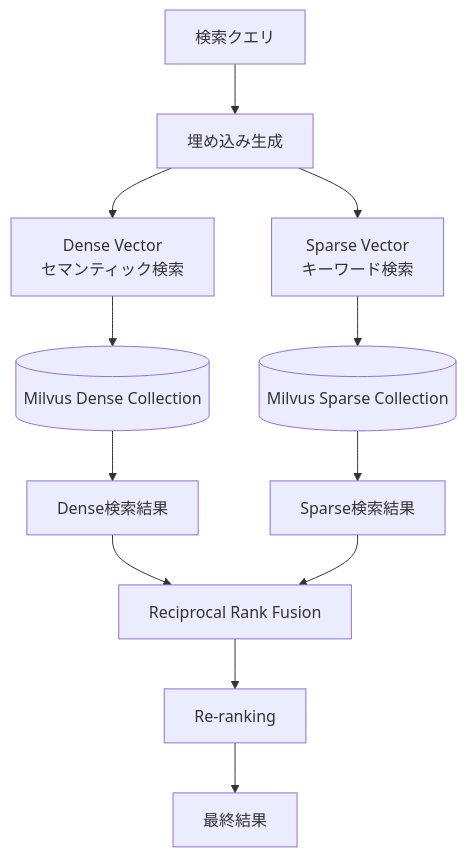
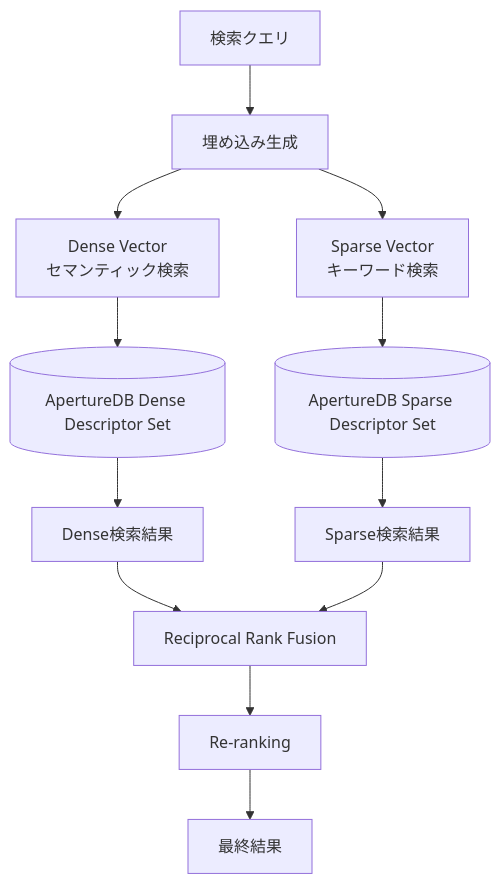
The diagram in docs/learning/Step03_Vector_Search_Engine.md (jangom2ok/spec_rag), drawn with Mermaid before and after one commit. The commit also changed other lines of this file and 69 other files, not shown here.

First line of the commit message:
Replace Milvus with ApertureDB for vector storage (#13)

````diff
--- a/docs/learning/Step03_Vector_Search_Engine.md
+++ b/docs/learning/Step03_Vector_Search_Engine.md
@@ -33,19 +33,19 @@
 ```mermaid
 graph TD
     QUERY[検索クエリ] --> EMBED[埋め込み生成]
 
     EMBED --> DENSE[Dense Vector<br/>セマンティック検索]
     EMBED --> SPARSE[Sparse Vector<br/>キーワード検索]
 
-    DENSE --> MILVUS_D[(Milvus Dense Collection)]
-    SPARSE --> MILVUS_S[(Milvus Sparse Collection)]
+    DENSE --> APERTUREDB_D[(ApertureDB Dense Descriptor Set)]
+    SPARSE --> APERTUREDB_S[(ApertureDB Sparse Descriptor Set)]
 
-    MILVUS_D --> RESULTS_D[Dense検索結果]
-    MILVUS_S --> RESULTS_S[Sparse検索結果]
+    APERTUREDB_D --> RESULTS_D[Dense検索結果]
+    APERTUREDB_S --> RESULTS_S[Sparse検索結果]
 
     RESULTS_D --> RRF[Reciprocal Rank Fusion]
     RESULTS_S --> RRF
 
     RRF --> RERANK[Re-ranking]
     RERANK --> FINAL[最終結果]
 ```
````
